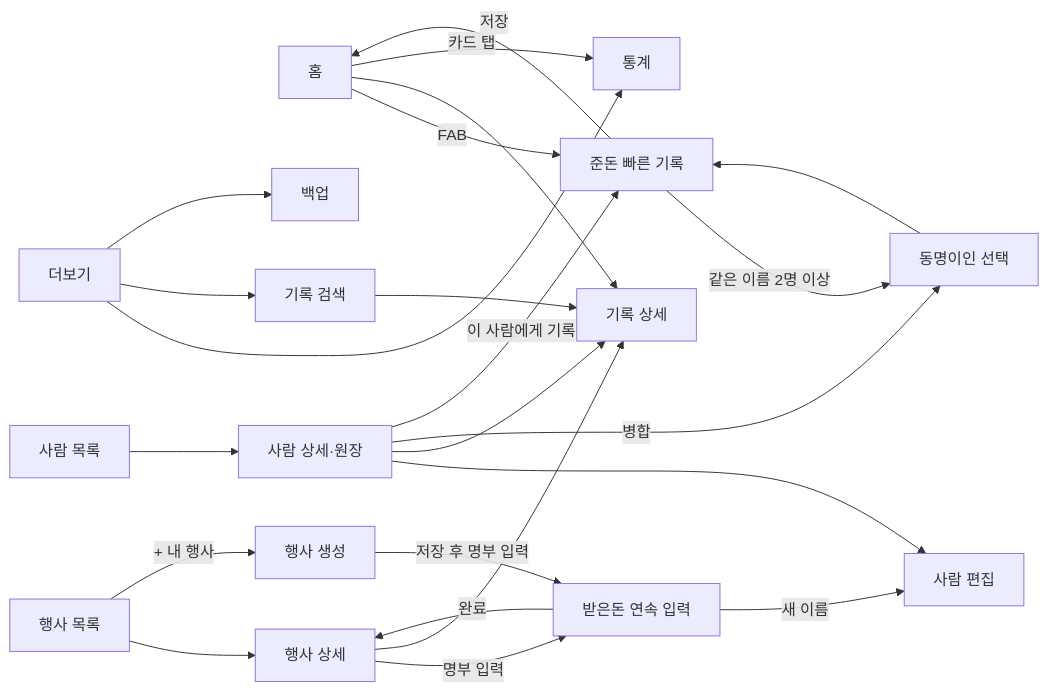
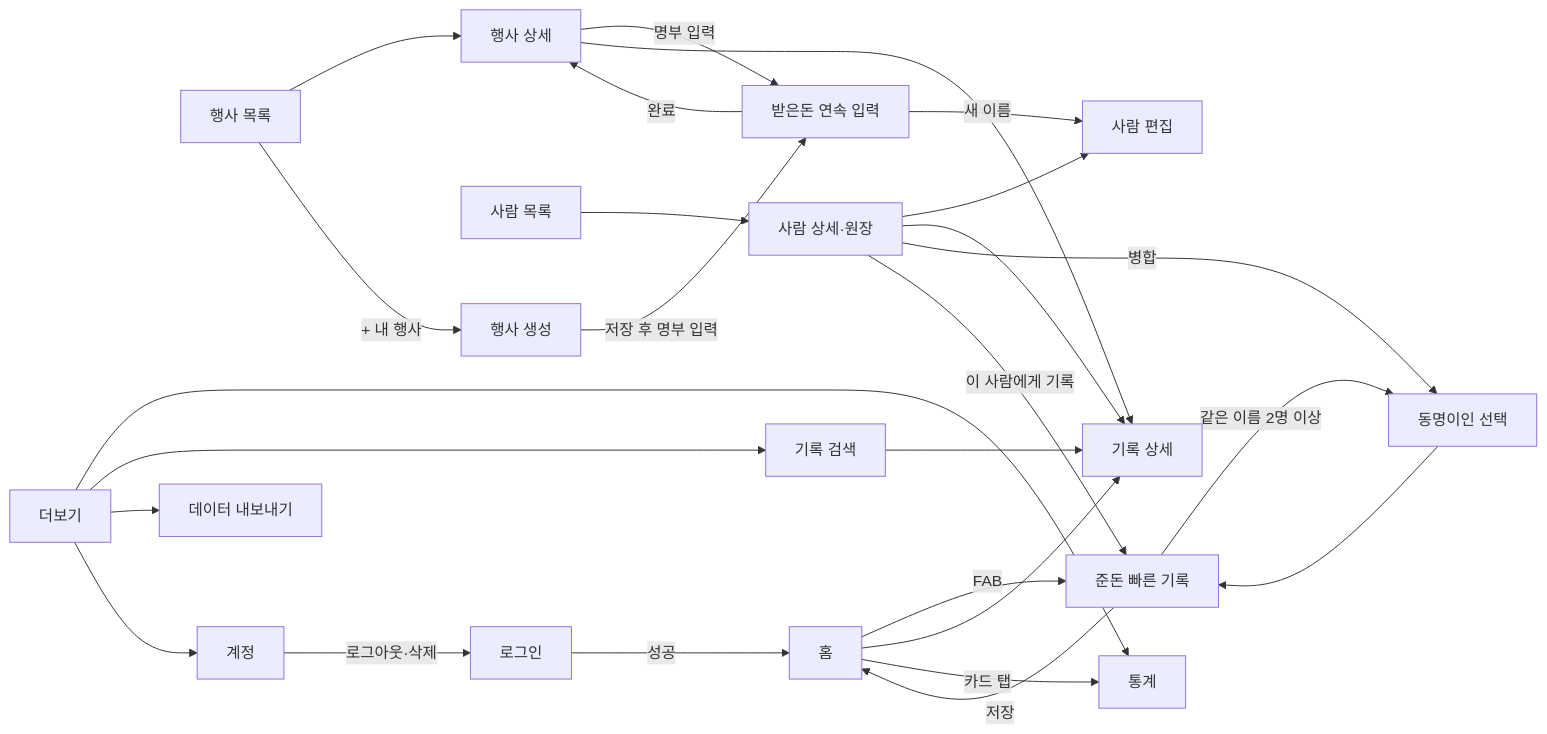
Before and after one commit to cocobanana-spec/returnproject: the diagram in docs/02-prd-phase1.md, drawn with Mermaid. The commit also changed other lines of this file and 5 other files, not shown here.

````diff
--- a/docs/02-prd-phase1.md
+++ b/docs/02-prd-phase1.md
@@ -153,25 +162,28 @@
 ```mermaid
 flowchart LR
-    S01[홈] -->|FAB| S02[준돈 빠른 기록]
+    S00[로그인] -->|성공| S01[홈]
+    S01 -->|FAB| S02[준돈 빠른 기록]
     S02 -->|저장| S01
     S02 -->|같은 이름 2명 이상| S15[동명이인 선택]
     S15 --> S02
     S01 --> S10[기록 상세]
     S01 -->|카드 탭| S11[통계]
     S03[사람 목록] --> S04[사람 상세·원장]
     S04 --> S05[사람 편집]
     S04 --> S10
     S04 -->|병합| S15
     S04 -->|이 사람에게 기록| S02
     S06[행사 목록] --> S07[행사 상세]
     S06 -->|+ 내 행사| S08[행사 생성]
     S08 -->|저장 후 명부 입력| S09[받은돈 연속 입력]
     S07 -->|명부 입력| S09
     S09 -->|완료| S07
     S09 -->|새 이름| S05
     S07 --> S10
     S13[더보기] --> S11
     S13 --> S12[기록 검색]
-    S13 --> S14[백업]
+    S13 --> S14[데이터 내보내기]
+    S13 --> S16[계정]
+    S16 -->|로그아웃·삭제| S00
     S12 --> S10
 ```
````
